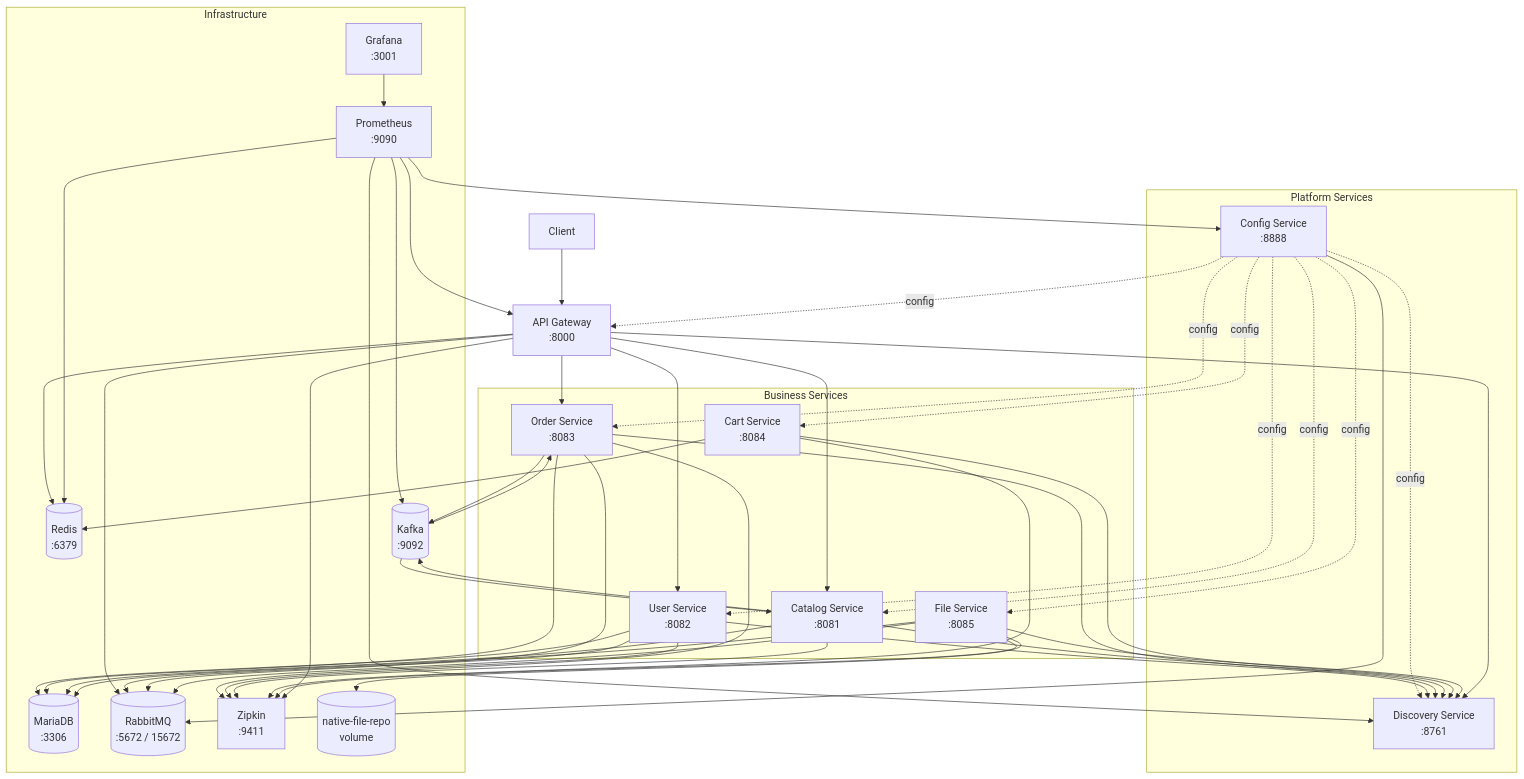
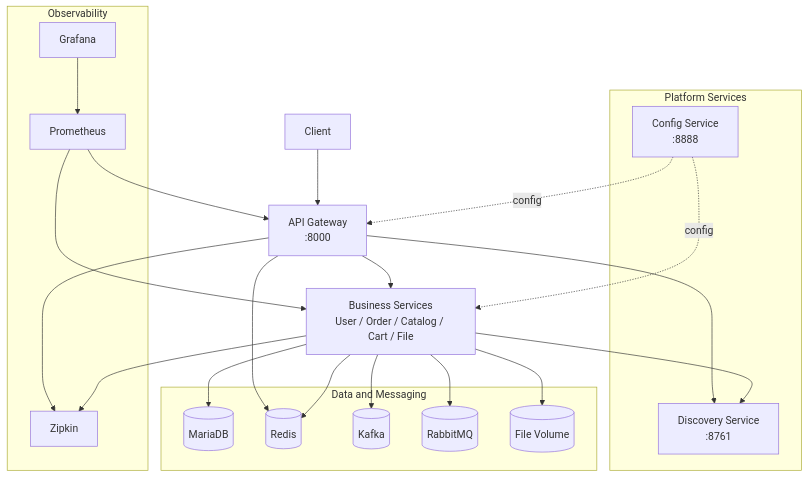
Before and after one commit to MasJeong/msa-spring-cloud: the diagram in README.md, drawn with Mermaid.

Commit message:
docs: README 아키텍처 다이어그램을 컴팩트 버전으로 단순화함

````diff
--- a/README.md
+++ b/README.md
@@ -17,81 +17,43 @@
 ```mermaid
 flowchart TB
     C[Client] --> GW[API Gateway<br/>:8000]
+
+    GW --> BIZ[Business Services<br/>User / Order / Catalog / Cart / File]
 
     subgraph Platform[Platform Services]
       CFG[Config Service<br/>:8888]
       DSC[Discovery Service<br/>:8761]
     end
 
-    subgraph Business[Business Services]
-      US[User Service<br/>:8082]
-      OS[Order Service<br/>:8083]
-      CS[Catalog Service<br/>:8081]
-      CRT[Cart Service<br/>:8084]
-      FS[File Service<br/>:8085]
+    subgraph DataMsg[Data and Messaging]
+      DB[(MariaDB)]
+      REDIS[(Redis)]
+      KAFKA[(Kafka)]
+      RABBIT[(RabbitMQ)]
+      FILEVOL[(File Volume)]
     end
 
-    subgraph Infra[Infrastructure]
-      DB[(MariaDB<br/>:3306)]
-      REDIS[(Redis<br/>:6379)]
-      KAFKA[(Kafka<br/>:9092)]
-      RABBIT[(RabbitMQ<br/>:5672 / 15672)]
-      ZIPKIN[Zipkin<br/>:9411]
-      PROM[Prometheus<br/>:9090]
-      GRAF[Grafana<br/>:3001]
-      FILEVOL[(native-file-repo<br/>volume)]
+    subgraph Obs[Observability]
+      ZIPKIN[Zipkin]
+      PROM[Prometheus]
+      GRAF[Grafana]
     end
 
-    CFG -. config .-> US
-    CFG -. config .-> OS
-    CFG -. config .-> CS
-    CFG -. config .-> CRT
-    CFG -. config .-> FS
     CFG -. config .-> GW
-    CFG -. config .-> DSC
-
-    US --> DSC
-    OS --> DSC
-    CS --> DSC
-    CRT --> DSC
-    FS --> DSC
+    CFG -. config .-> BIZ
+    BIZ --> DSC
     GW --> DSC
 
-    GW --> US
-    GW --> OS
-    GW --> CS
-
-    US --> DB
-    OS --> DB
-    CS --> DB
-    FS --> DB
-    CRT --> REDIS
+    BIZ --> DB
+    BIZ --> REDIS
+    BIZ --> KAFKA
+    BIZ --> RABBIT
+    BIZ --> FILEVOL
     GW --> REDIS
 
-    OS --> KAFKA
-    KAFKA --> CS
-    CS --> KAFKA
-    KAFKA --> OS
-
-    CFG --> RABBIT
-    GW --> RABBIT
-    US --> RABBIT
-    OS --> RABBIT
-    FS --> RABBIT
-
-    FS --> FILEVOL
-
-    US --> ZIPKIN
-    OS --> ZIPKIN
-    CS --> ZIPKIN
-    CRT --> ZIPKIN
-    FS --> ZIPKIN
+    BIZ --> ZIPKIN
     GW --> ZIPKIN
-
     PROM --> GW
-    PROM --> CFG
-    PROM --> DSC
-    PROM --> REDIS
-    PROM --> KAFKA
+    PROM --> BIZ
     GRAF --> PROM
 ```
````
